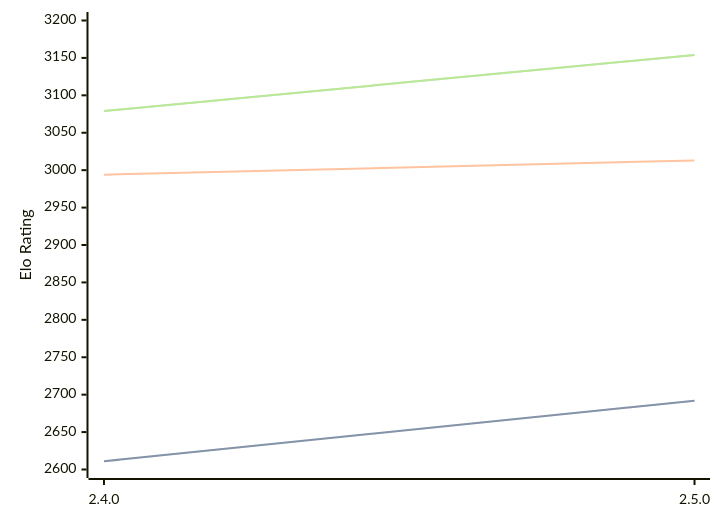
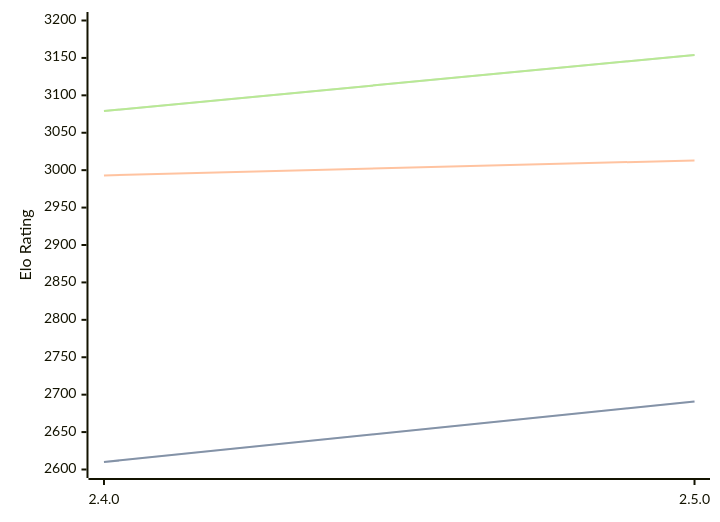
Before and after one commit to computer-chess-index/cci: the third of 3 diagrams in engines/Sturddle2.md, drawn with Mermaid. The commit also changed other lines of this file, not shown here.

````diff
--- a/engines/Sturddle2.md
+++ b/engines/Sturddle2.md
@@ -70,11 +70,11 @@
 ```mermaid
 %%{init: {"theme":"base","themeVariables":{"seriesColors:['#a3a3a3','#222221','#faa371']}}}%%
 xychart-beta
   x-axis ["2.4.0", "2.5.0"]
   y-axis "Elo Rating" 2600 --> 3200
-  line "STC (8.0+0.08s)" [2611, 2692]
-  line "STC (8.0+0.08s)" [2611, 2692]
-  line "LTC (60.0+0.60s)" [2994, 3013]
+  line "STC (8.0+0.08s)" [2610, 2691]
+  line "STC (8.0+0.08s)" [2610, 2691]
+  line "LTC (60.0+0.60s)" [2993, 3013]
   line "VLTC (2m24s+1.12s)" [3079, 3154]
   line "VLTC (2m24s+1.12s)" [3079, 3154]
 ```
````
